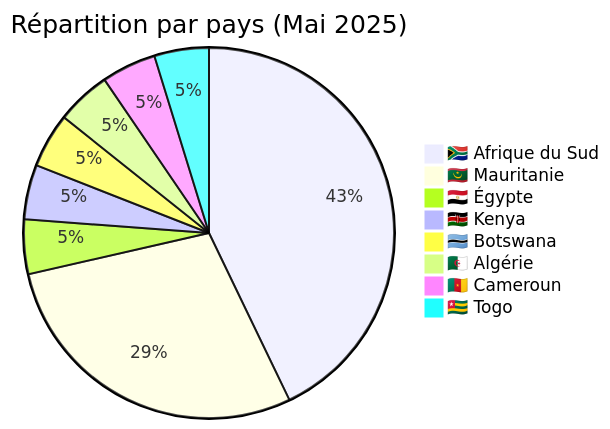
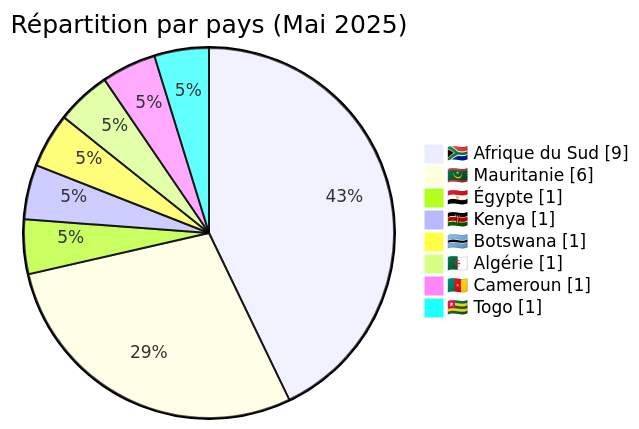
Before and after one commit to Hatchepsoute/AFRINTEL: the third of 5 diagrams in CyberAttackAfrica/2025/05-may/README_FR.md, drawn with Mermaid. The commit also changed other lines of this file and 182 other files, not shown here.

````diff
--- a/CyberAttackAfrica/2025/05-may/README_FR.md
+++ b/CyberAttackAfrica/2025/05-may/README_FR.md
@@ -93,11 +98,12 @@
 ```mermaid
-pie title Répartition par pays (Mai 2025)
+pie showData
+    title Répartition par pays (Mai 2025)
     "🇿🇦 Afrique du Sud" : 9
     "🇲🇷 Mauritanie" : 6
     "🇪🇬 Égypte" : 1
     "🇰🇪 Kenya" : 1
     "🇧🇼 Botswana" : 1
     "🇩🇿 Algérie" : 1
     "🇨🇲 Cameroun" : 1
     "🇹🇬 Togo" : 1
 ```
````
